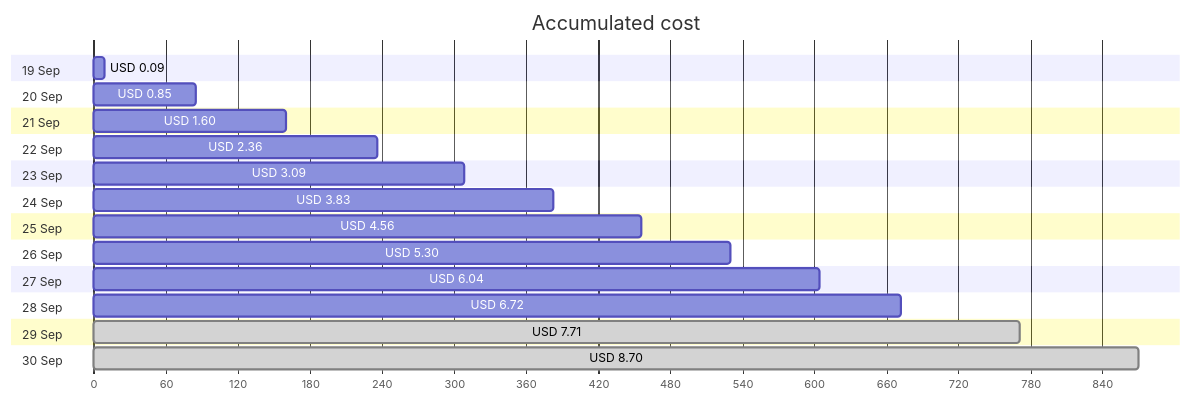
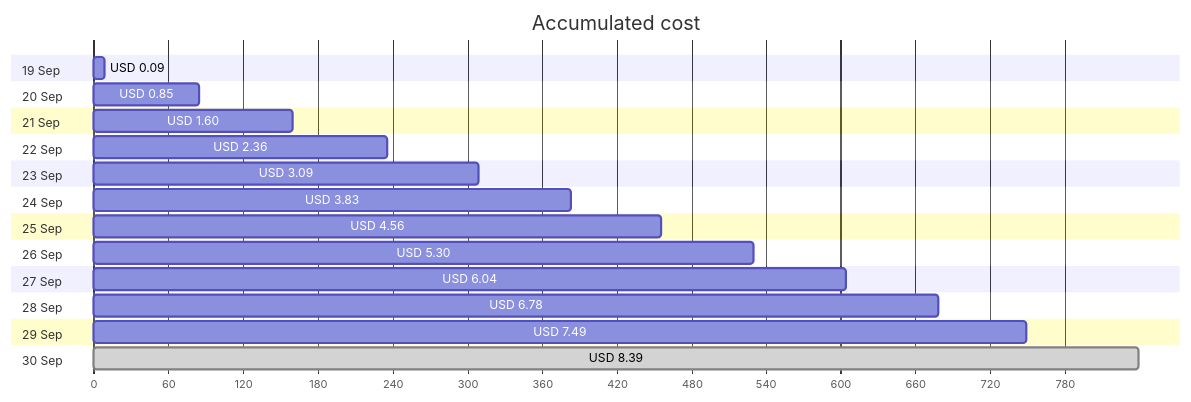
One commit to jpfulton/azure-personal-reports changed the first of 4 diagrams in cost-reports/personal-network/backup-server-data-disk.md. Above: the diagram before and after it, drawn with Mermaid. The commit also changed other lines of this file and 9 other files, not shown here.

````diff
--- a/cost-reports/personal-network/backup-server-data-disk.md
+++ b/cost-reports/personal-network/backup-server-data-disk.md
@@ -20,30 +20,30 @@
 ```mermaid
 gantt
    title Accumulated cost
    dateFormat  X
    axisFormat %s
    section 19 Sep
    USD 0.09 :0, 9
    section 20 Sep
    USD 0.85 :0, 85
    section 21 Sep
    USD 1.60 :0, 160
    section 22 Sep
    USD 2.36 :0, 236
    section 23 Sep
    USD 3.09 :0, 309
    section 24 Sep
    USD 3.83 :0, 383
    section 25 Sep
    USD 4.56 :0, 456
    section 26 Sep
    USD 5.30 :0, 530
    section 27 Sep
    USD 6.04 :0, 604
    section 28 Sep
-   USD 6.72 :0, 672
+   USD 6.78 :0, 678
    section 29 Sep
-   USD 7.71 : done, 0, 771
+   USD 7.49 :0, 749
    section 30 Sep
-   USD 8.70 : done, 0, 870
+   USD 8.39 : done, 0, 839
 ```
````
